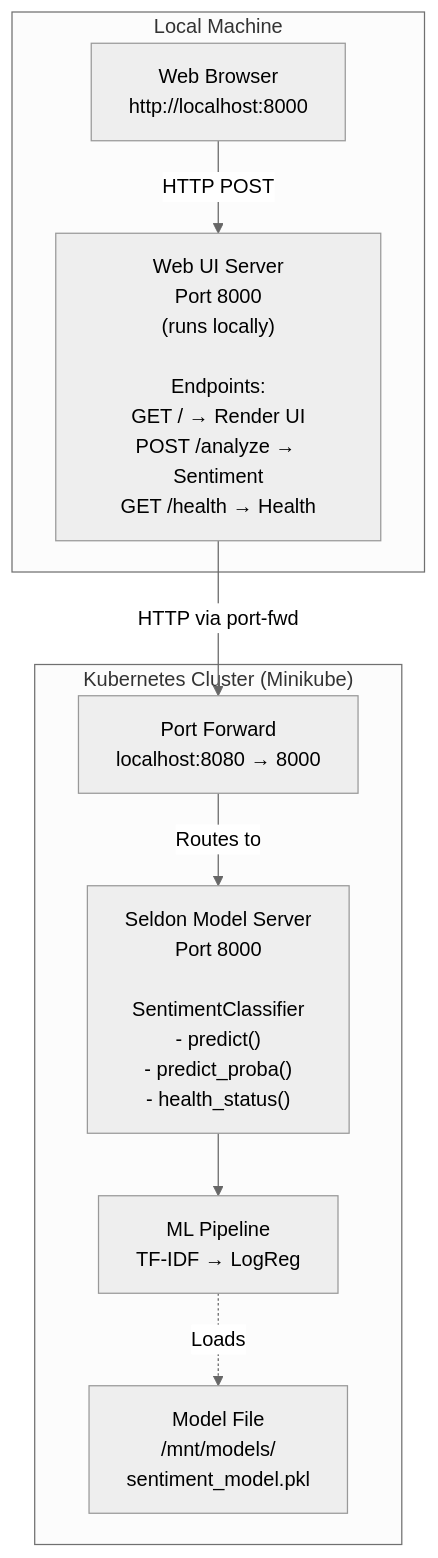
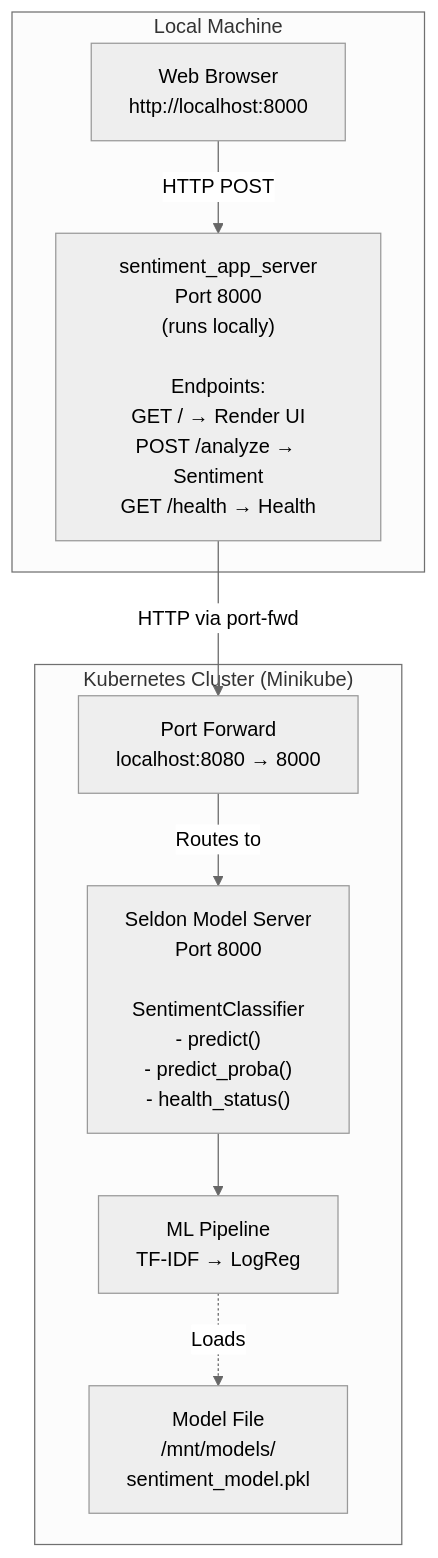
Before and after one commit to r39132/learn-seldon: the first of 6 diagrams in docs/ARCHITECTURE.md, drawn with Mermaid. The commit also changed other lines of this file and 1 other file, not shown here.

First line of the commit message:
Update naming: runtime component = sentiment_app_server, application = sentiment_app

````diff
--- a/docs/ARCHITECTURE.md
+++ b/docs/ARCHITECTURE.md
@@ -19,23 +19,23 @@
 ```mermaid
 %%{init: {'theme':'neutral'}}%%
 graph TB
     subgraph LocalMachine["Local Machine"]
         Browser["Web Browser<br/>http://localhost:8000"]
-        WebUI["Web UI Server<br/>Port 8000<br/>(runs locally)<br/><br/>Endpoints:<br/>GET / → Render UI<br/>POST /analyze → Sentiment<br/>GET /health → Health"]
+        WebUI["sentiment_app_server<br/>Port 8000<br/>(runs locally)<br/><br/>Endpoints:<br/>GET / → Render UI<br/>POST /analyze → Sentiment<br/>GET /health → Health"]
     end
 
     subgraph K8sCluster["Kubernetes Cluster (Minikube)"]
         PortFwd["Port Forward<br/>localhost:8080 → 8000"]
         Seldon["Seldon Model Server<br/>Port 8000<br/><br/>SentimentClassifier<br/>- predict()<br/>- predict_proba()<br/>- health_status()"]
 
         Pipeline["ML Pipeline<br/>TF-IDF → LogReg"]
         Model["Model File<br/>/mnt/models/<br/>sentiment_model.pkl"]
 
         Seldon --> Pipeline
         Pipeline -.->|Loads| Model
     end
 
     Browser -->|HTTP POST| WebUI
     WebUI -->|HTTP via port-fwd| PortFwd
     PortFwd -->|Routes to| Seldon
 ```
````
